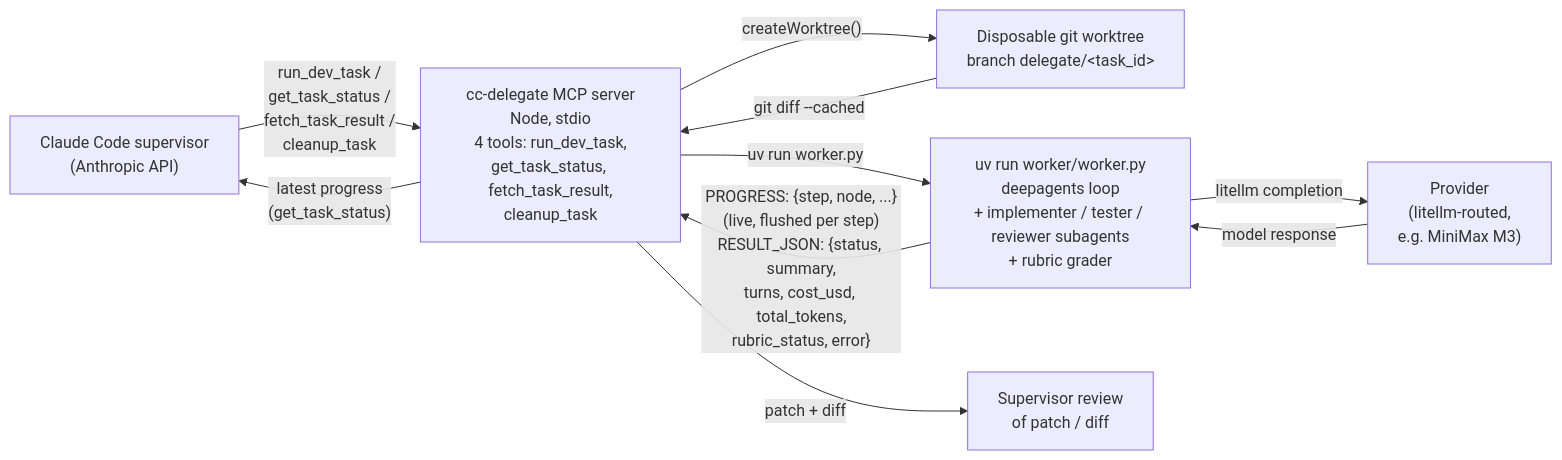
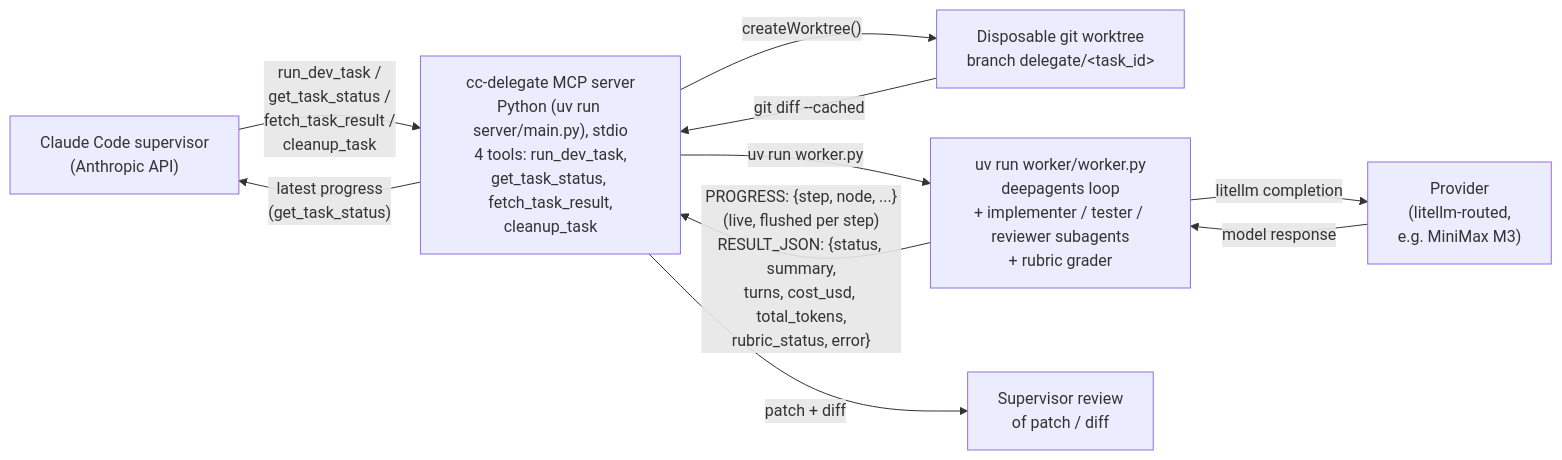
Before and after one commit to EtienneLescot/cc-delegate: the diagram in README.md, drawn with Mermaid. The commit also changed other lines of this file and 20 other files, not shown here.

First line of the commit message:
feat!: single-runtime switchover — Python MCP server replaces Node (v0.3.0)

````diff
--- a/README.md
+++ b/README.md
@@ -11,19 +11,19 @@
 ```mermaid
 flowchart LR
   Supervisor["Claude Code supervisor<br/>(Anthropic API)"]
-  MCP["cc-delegate MCP server<br/>Node, stdio<br/>4 tools: run_dev_task,<br/>get_task_status, fetch_task_result,<br/>cleanup_task"]
+  MCP["cc-delegate MCP server<br/>Python (uv run server/main.py), stdio<br/>4 tools: run_dev_task,<br/>get_task_status, fetch_task_result,<br/>cleanup_task"]
   Worktree["Disposable git worktree<br/>branch delegate/&lt;task_id&gt;"]
   Worker["uv run worker/worker.py<br/>deepagents loop<br/>+ implementer / tester / reviewer subagents<br/>+ rubric grader"]
   Provider["Provider<br/>(litellm-routed,<br/>e.g. MiniMax M3)"]
   Review["Supervisor review<br/>of patch / diff"]
 
   Supervisor -->|"run_dev_task /<br/>get_task_status /<br/>fetch_task_result /<br/>cleanup_task"| MCP
   MCP -->|"createWorktree()"| Worktree
   MCP -->|"uv run worker.py"| Worker
   Worker -->|"litellm completion"| Provider
   Provider -->|"model response"| Worker
   Worker -->|"PROGRESS: {step, node, ...}<br/>(live, flushed per step)<br/>RESULT_JSON: {status, summary,<br/>turns, cost_usd, total_tokens,<br/>rubric_status, error}"| MCP
   MCP -->|"latest progress<br/>(get_task_status)"| Supervisor
   Worktree -->|"git diff --cached"| MCP
   MCP -->|"patch + diff"| Review
 ```
````
